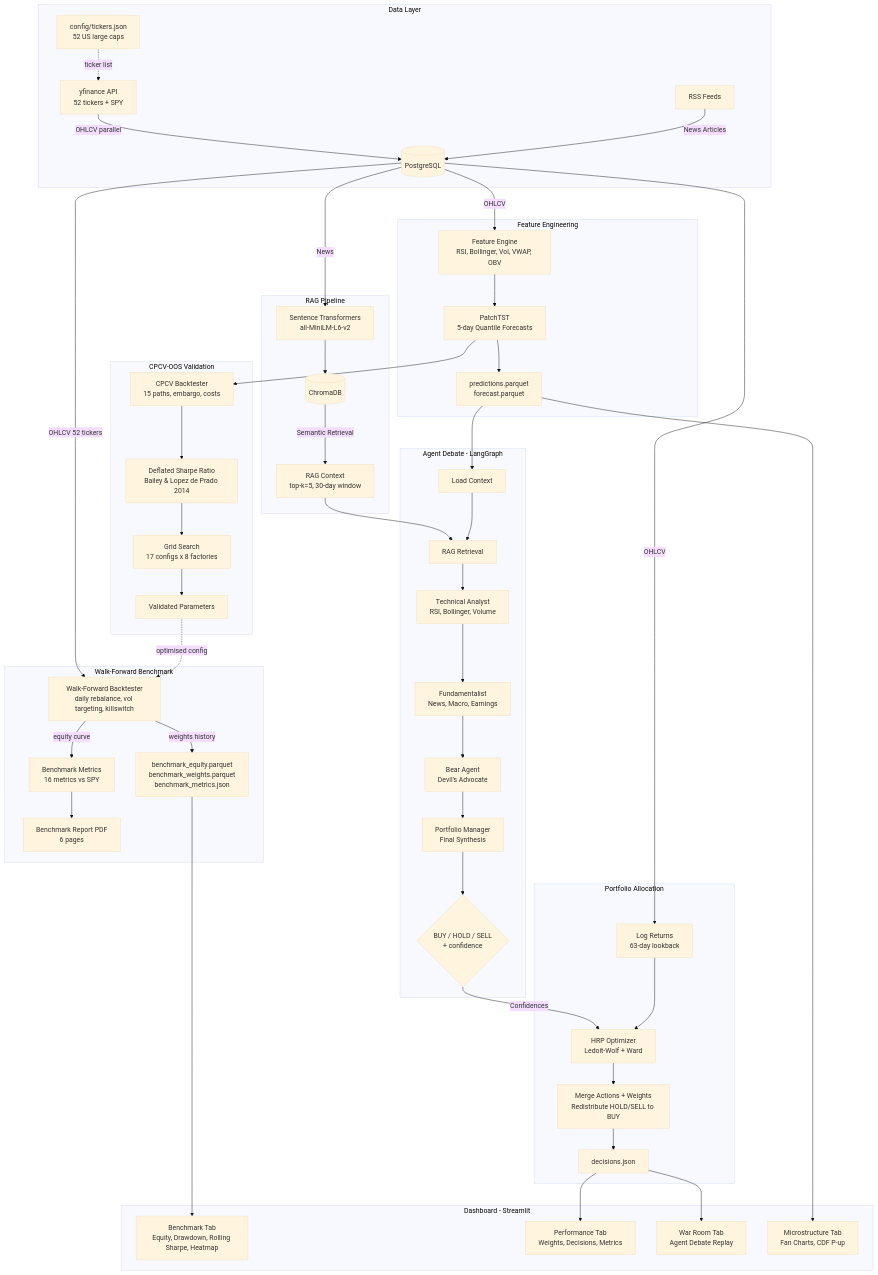
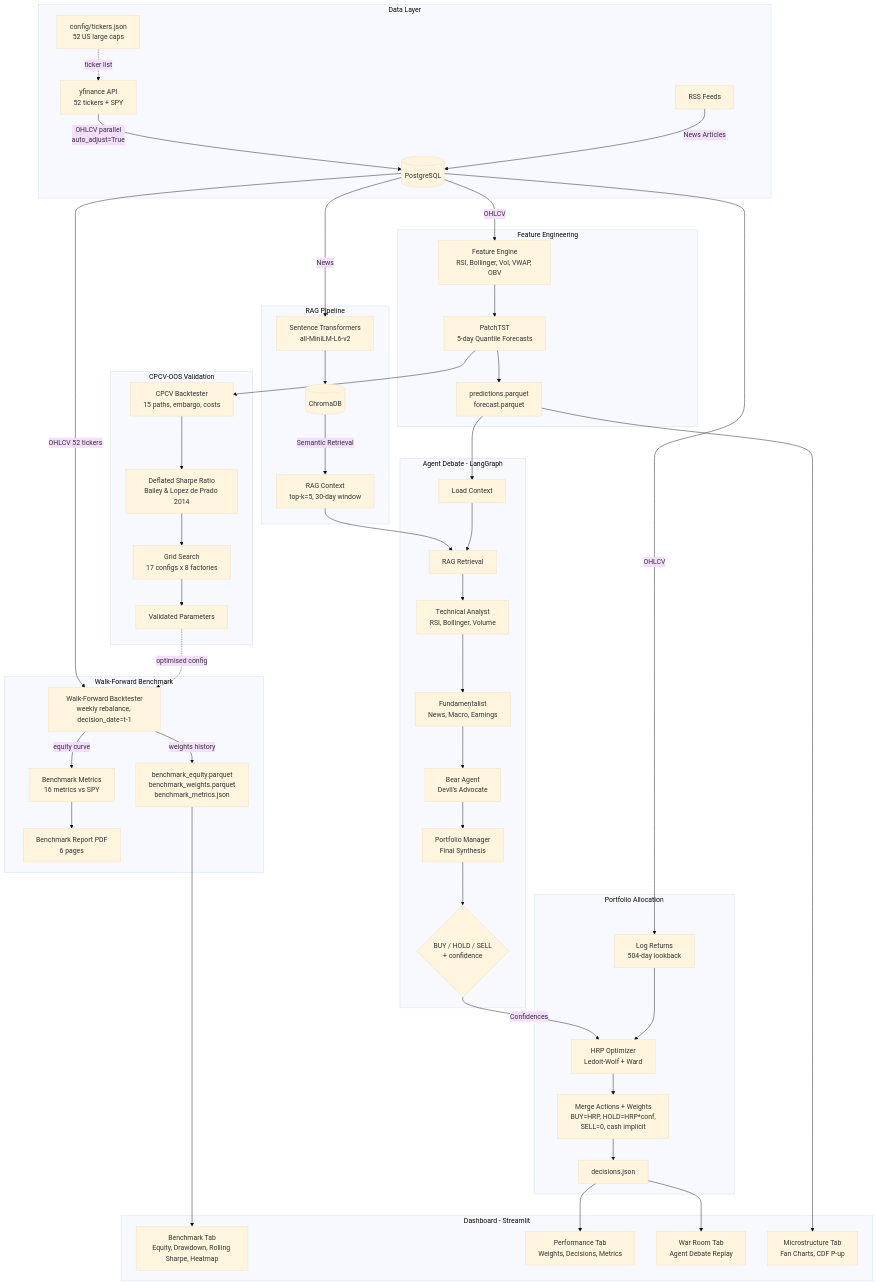
Before and after one commit to cockles98/titanium-alpha: the diagram in README.md, drawn with Mermaid (base theme). The commit also changed other lines of this file and 3219 other files, not shown here.

````diff
--- a/README.md
+++ b/README.md
@@ -51,61 +52,61 @@
 ```mermaid
 flowchart TB
     subgraph Data Layer
-        YF[yfinance API<br/>52 tickers + SPY] -->|OHLCV parallel| PG[(PostgreSQL)]
+        YF[yfinance API<br/>52 tickers + SPY] -->|OHLCV parallel<br/>auto_adjust=True| PG[(PostgreSQL)]
         RSS[RSS Feeds] -->|News Articles| PG
         CFG[config/tickers.json<br/>52 US large caps] -.->|ticker list| YF
     end
 
     subgraph Feature Engineering
         PG -->|OHLCV| FE[Feature Engine<br/>RSI, Bollinger, Vol, VWAP, OBV]
         FE --> PTST[PatchTST<br/>5-day Quantile Forecasts]
         PTST --> PRED[predictions.parquet<br/>forecast.parquet]
     end
 
     subgraph RAG Pipeline
         PG -->|News| EMB[Sentence Transformers<br/>all-MiniLM-L6-v2]
         EMB --> CHROMA[(ChromaDB)]
         CHROMA -->|Semantic Retrieval| RAG[RAG Context<br/>top-k=5, 30-day window]
     end
 
     subgraph Agent Debate - LangGraph
         PRED --> LC[Load Context]
         RAG --> RR[RAG Retrieval]
         LC --> RR
         RR --> TA[Technical Analyst<br/>RSI, Bollinger, Volume]
         TA --> FA[Fundamentalist<br/>News, Macro, Earnings]
         FA --> BA[Bear Agent<br/>Devil's Advocate]
         BA --> PM[Portfolio Manager<br/>Final Synthesis]
         PM --> DEC{BUY / HOLD / SELL<br/>+ confidence}
     end
 
     subgraph Portfolio Allocation
-        PG -->|OHLCV| RET[Log Returns<br/>63-day lookback]
+        PG -->|OHLCV| RET[Log Returns<br/>504-day lookback]
         DEC -->|Confidences| HRP[HRP Optimizer<br/>Ledoit-Wolf + Ward]
         RET --> HRP
-        HRP --> MERGE[Merge Actions + Weights<br/>Redistribute HOLD/SELL to BUY]
+        HRP --> MERGE[Merge Actions + Weights<br/>BUY=HRP, HOLD=HRP*conf,<br/>SELL=0, cash implicit]
         MERGE --> JSON[decisions.json]
     end
 
     subgraph CPCV-OOS Validation
         PTST --> CPCV[CPCV Backtester<br/>15 paths, embargo, costs]
         CPCV --> DSR[Deflated Sharpe Ratio<br/>Bailey & Lopez de Prado 2014]
         DSR --> GRID[Grid Search<br/>17 configs x 8 factories]
         GRID --> VALID[Validated Parameters]
     end
 
     subgraph Walk-Forward Benchmark
-        PG -->|OHLCV 52 tickers| WF[Walk-Forward Backtester<br/>daily rebalance, vol targeting, killswitch]
+        PG -->|OHLCV 52 tickers| WF[Walk-Forward Backtester<br/>weekly rebalance, decision_date=t-1]
         VALID -.->|optimised config| WF
         WF -->|equity curve| BM[Benchmark Metrics<br/>16 metrics vs SPY]
         BM --> PDF2[Benchmark Report PDF<br/>6 pages]
         WF -->|weights history| PQT[benchmark_equity.parquet<br/>benchmark_weights.parquet<br/>benchmark_metrics.json]
     end
 
     subgraph Dashboard - Streamlit
         PQT --> TAB0[Benchmark Tab<br/>Equity, Drawdown, Rolling Sharpe, Heatmap]
         JSON --> TAB1[Performance Tab<br/>Weights, Decisions, Metrics]
         JSON --> TAB2[War Room Tab<br/>Agent Debate Replay]
         PRED --> TAB3[Microstructure Tab<br/>Fan Charts, CDF P-up]
     end
 ```
````
